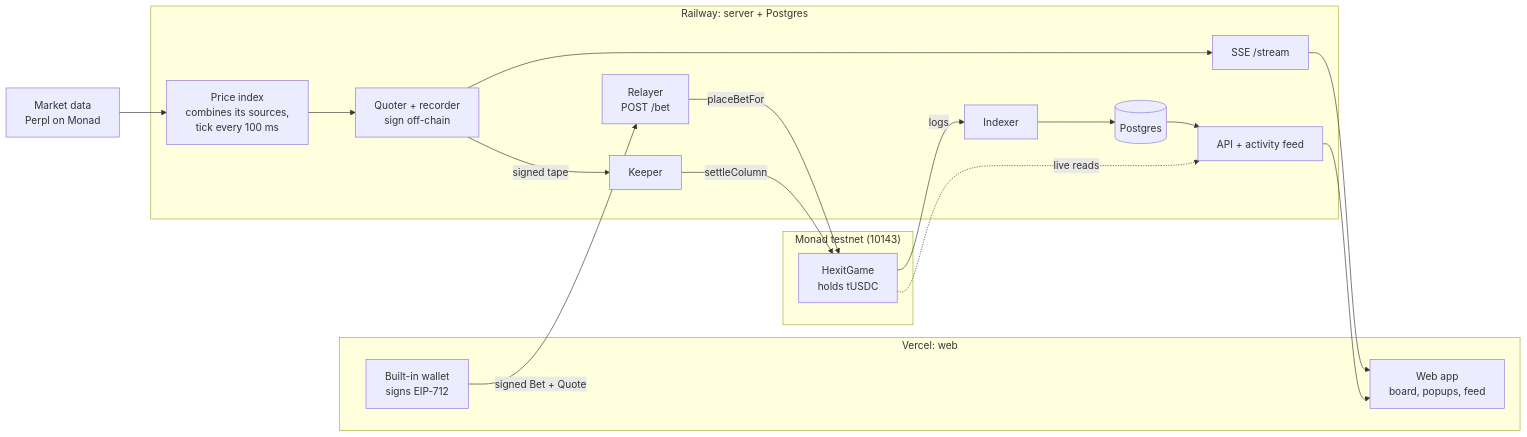
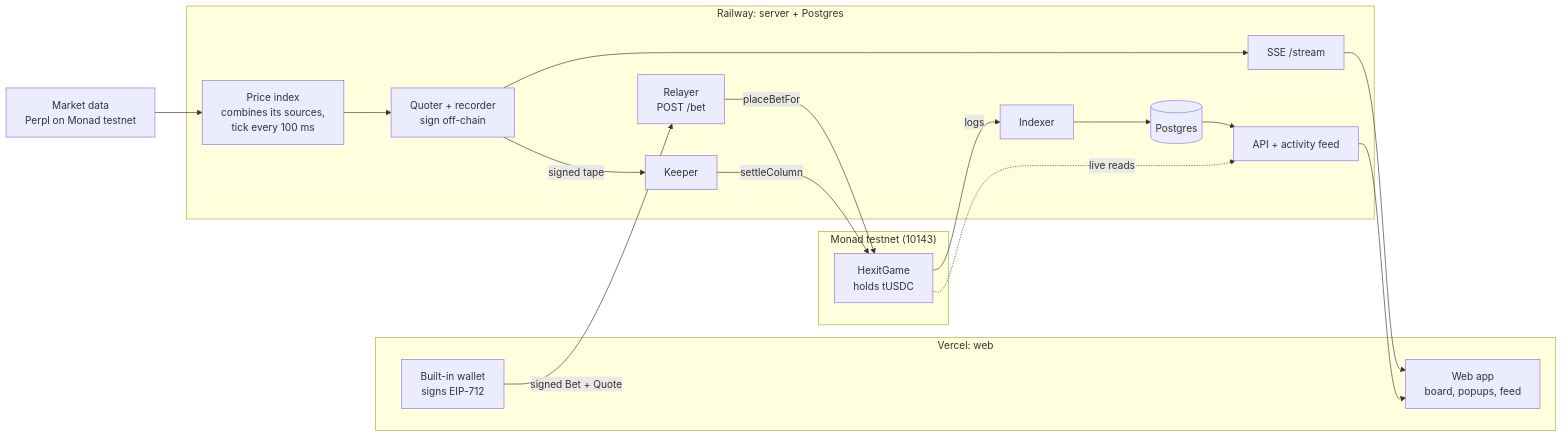
One commit to penguinpecker/hexit changed the diagram in README.md. Above: the diagram before and after it, drawn with Mermaid. The commit also changed other lines of this file and 5 other files, not shown here.

Commit message:
Market data from Perpl on Monad testnet (BTC 16, MON 64); per-market quorum

````diff
--- a/README.md
+++ b/README.md
@@ -28,30 +28,30 @@
 ```mermaid
 flowchart LR
-  EX["Market data<br/>Perpl on Monad"]
+  EX["Market data<br/>Perpl on Monad testnet"]
 
   subgraph VERCEL["Vercel: web"]
     APP["Web app<br/>board, popups, feed"]
     WALLET["Built-in wallet<br/>signs EIP-712"]
   end
 
   subgraph RAILWAY["Railway: server + Postgres"]
     INDEX["Price index<br/>combines its sources,<br/>tick every 100 ms"]
     SIGN["Quoter + recorder<br/>sign off-chain"]
     SSE["SSE /stream"]
     RELAYER["Relayer<br/>POST /bet"]
     KEEPER["Keeper"]
     INDEXER["Indexer"]
     PG[("Postgres")]
     API["API + activity feed"]
   end
 
   subgraph MONAD["Monad testnet (10143)"]
     GAME["HexitGame<br/>holds tUSDC"]
   end
 
   EX --> INDEX --> SIGN --> SSE --> APP
   WALLET -->|"signed Bet + Quote"| RELAYER -->|"placeBetFor"| GAME
   SIGN -->|"signed tape"| KEEPER -->|"settleColumn"| GAME
   GAME -->|"logs"| INDEXER --> PG --> API --> APP
   GAME -.->|"live reads"| API
 ```
````
